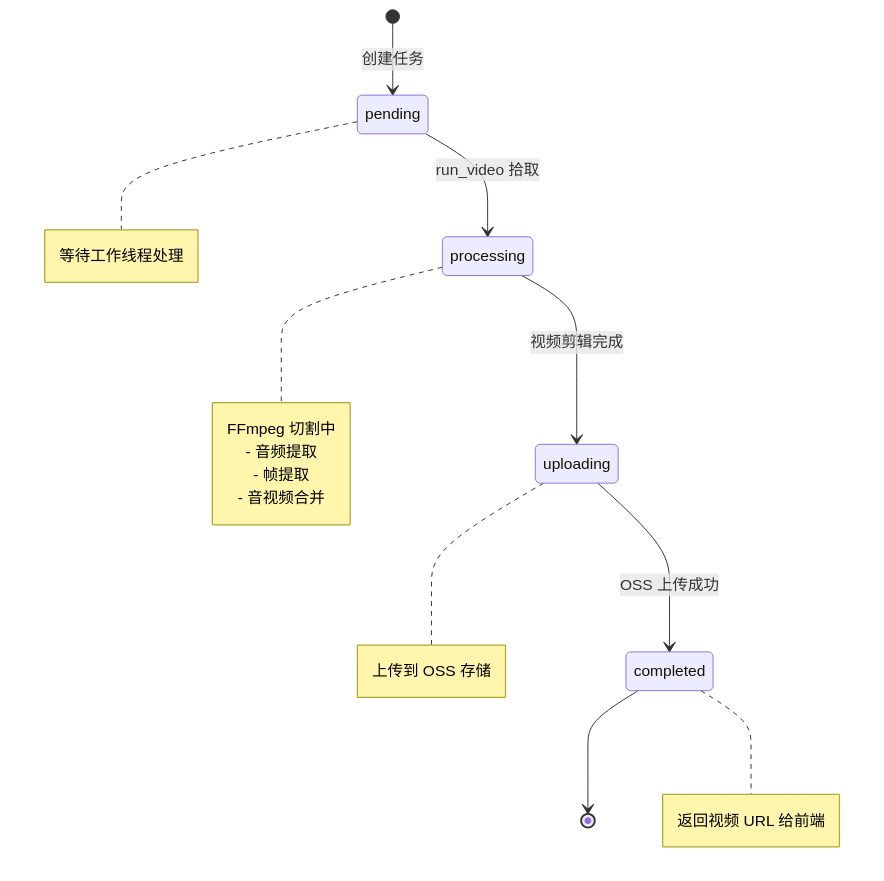
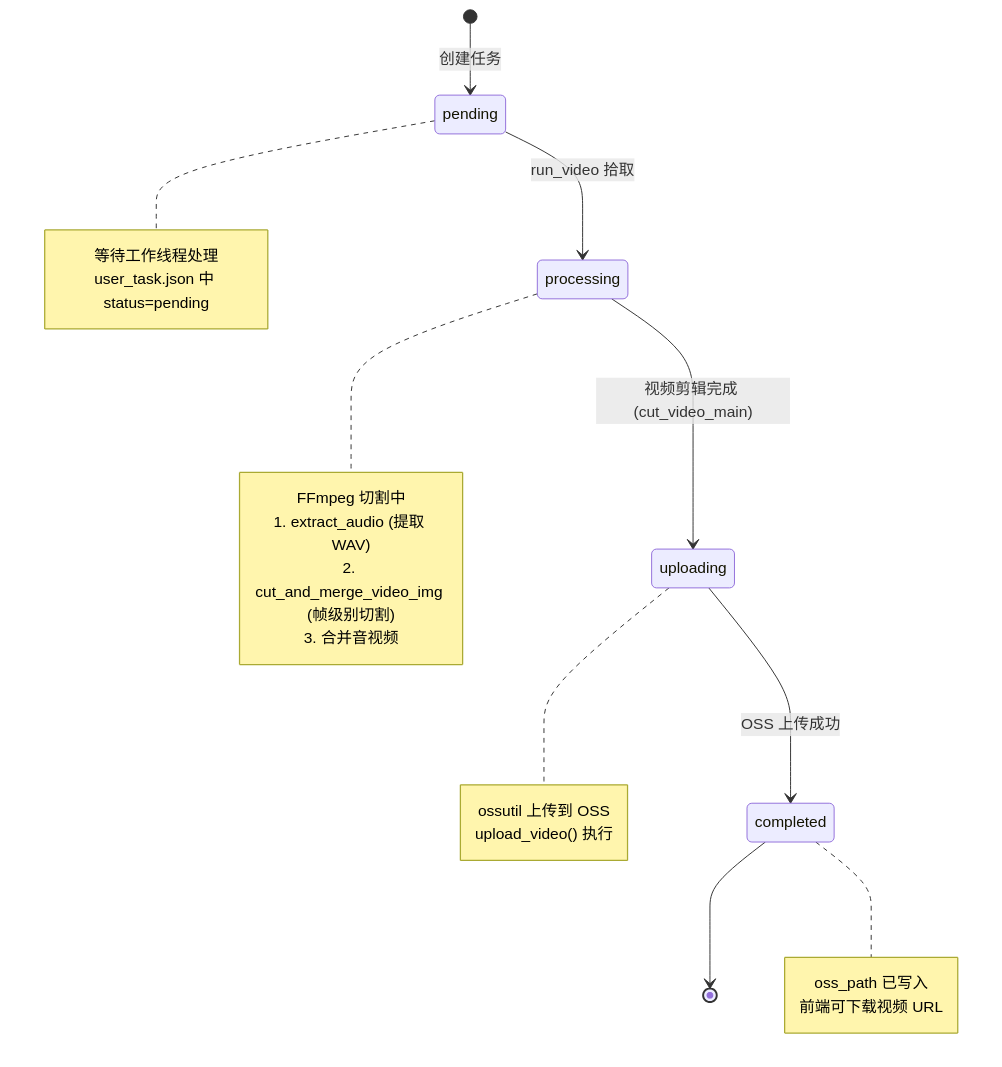
One commit to nii8/split_video changed the second of 4 diagrams in TECHNICAL_DOCS.md. Above: the diagram before and after it, drawn with Mermaid. The commit also changed other lines of this file and 2 other files, not shown here.

Commit message:
更新项目分析

````diff
--- a/TECHNICAL_DOCS.md
+++ b/TECHNICAL_DOCS.md
@@ -182,27 +182,30 @@
 ```mermaid
 stateDiagram-v2
     [*] --> pending: 创建任务
     pending --> processing: run_video 拾取
-    processing --> uploading: 视频剪辑完成
+    processing --> uploading: 视频剪辑完成 (cut_video_main)
     uploading --> completed: OSS 上传成功
     completed --> [*]
 
     note right of pending
         等待工作线程处理
+        user_task.json 中 status=pending
     end note
 
     note right of processing
         FFmpeg 切割中
-        - 音频提取
-        - 帧提取
-        - 音视频合并
+        1. extract_audio (提取 WAV)
+        2. cut_and_merge_video_img (帧级别切割)
+        3. 合并音视频
     end note
 
     note right of uploading
-        上传到 OSS 存储
+        ossutil 上传到 OSS
+        upload_video() 执行
     end note
 
     note right of completed
-        返回视频 URL 给前端
+        oss_path 已写入
+        前端可下载视频 URL
     end note
 ```
````
